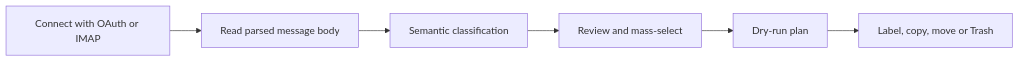
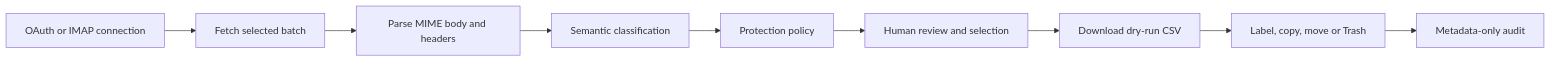
The diagram in README.md (Ackrad-Data-Analyst/Inbox-Intelligence-Organizer), drawn with Mermaid before and after one commit. The commit also changed other lines of this file and 1 other file, not shown here.

Commit message:
Expand the product case and review workflow

````diff
--- a/README.md
+++ b/README.md
@@ -13,8 +29,11 @@
 ```mermaid
 flowchart LR
-    A[Connect with OAuth or IMAP] --> B[Read parsed message body]
-    B --> C[Semantic classification]
-    C --> D[Review and mass-select]
-    D --> E[Dry-run plan]
-    E --> F[Label, copy, move or Trash]
+    A[OAuth or IMAP connection] --> B[Fetch selected batch]
+    B --> C[Parse MIME body and headers]
+    C --> D[Semantic classification]
+    D --> E[Protection policy]
+    E --> F[Human review and selection]
+    F --> G[Download dry-run CSV]
+    G --> H[Label, copy, move or Trash]
+    H --> I[Metadata-only audit]
 ```
````
